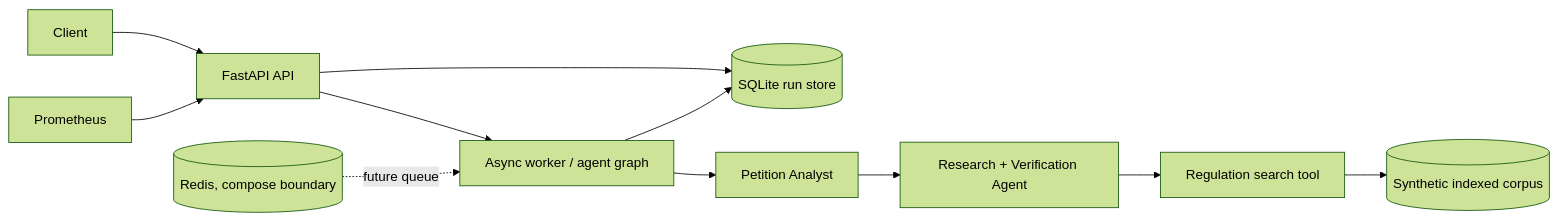
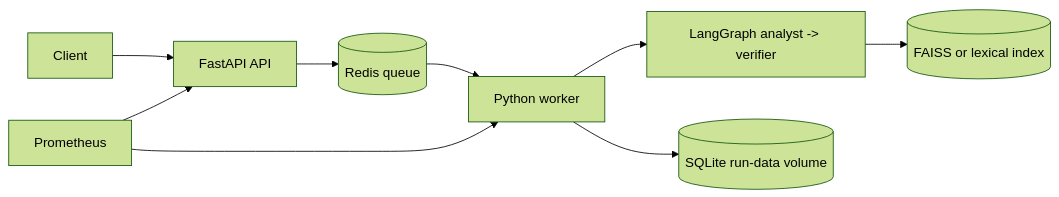
Before and after one commit to VarunMeda/Academic-Regulation-and-Student-Petition-Triage-Service: the diagram in docs/architecture.md, drawn with Mermaid (forest theme). The commit also changed other lines of this file and 24 other files, not shown here.

````diff
--- a/docs/architecture.md
+++ b/docs/architecture.md
@@ -3,13 +5,11 @@
 ```mermaid
 flowchart LR
   Client --> API[FastAPI API]
-  API --> Store[(SQLite run store)]
-  API --> Worker[Async worker / agent graph]
-  Worker --> Analyst[Petition Analyst]
-  Analyst --> Research[Research + Verification Agent]
-  Research --> Search[Regulation search tool]
-  Search --> Index[(Synthetic indexed corpus)]
-  Worker --> Store
+  API --> Redis[(Redis queue)]
+  Redis --> Worker[Python worker]
+  Worker --> Graph[LangGraph analyst -> verifier]
+  Graph --> Index[(FAISS or lexical index)]
+  Worker --> DB[(SQLite run-data volume)]
   Prom[Prometheus] --> API
-  Redis[(Redis, compose boundary)] -.future queue.-> Worker
+  Prom --> Worker
 ```
````
